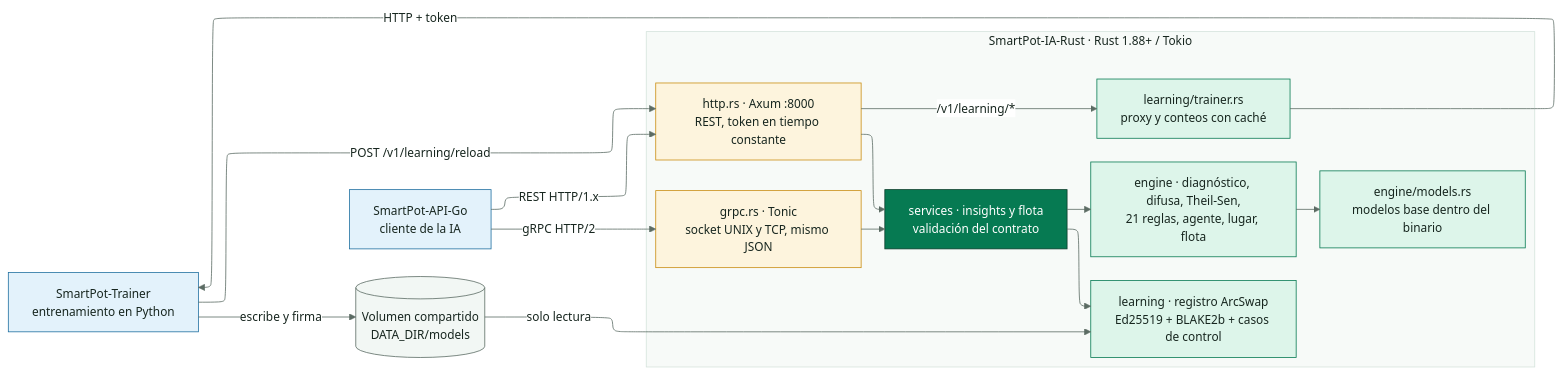
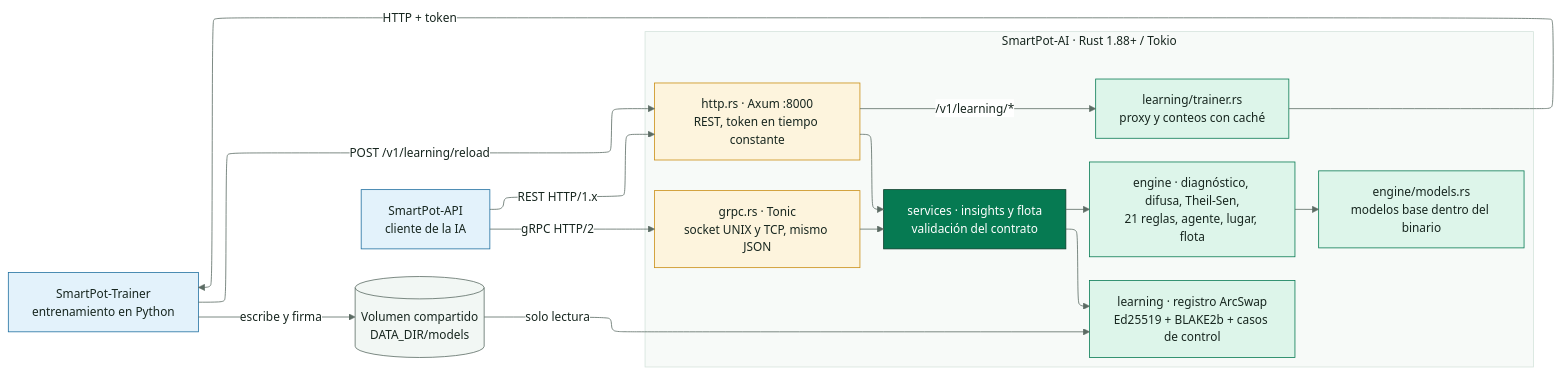
One commit to SmartPotTech/SmartPot-AI changed the fourth of 6 diagrams in docs/SmartPot_IA_Rust_Documentation.md. Above: the diagram before and after it, drawn with Mermaid. The commit also changed other lines of this file and 4 other files, not shown here.

Commit message:
Update documentation and diagrams to reflect production Stack B [skip deploy] #no-deploy

````diff
--- a/docs/SmartPot_IA_Rust_Documentation.md
+++ b/docs/SmartPot_IA_Rust_Documentation.md
@@ -294,39 +293,39 @@
 ```mermaid
 %%{init: {"theme": "base", "fontFamily": "Segoe UI, Arial, sans-serif", "themeVariables": {"fontFamily": "Segoe UI, Arial, sans-serif", "fontSize": "15px", "primaryColor": "#DDF5EA", "primaryTextColor": "#17261F", "primaryBorderColor": "#067A52", "secondaryColor": "#E3F2FB", "secondaryTextColor": "#17261F", "secondaryBorderColor": "#1F6FA0", "tertiaryColor": "#F2F7F4", "tertiaryTextColor": "#17261F", "tertiaryBorderColor": "#D5E3DC", "lineColor": "#5B6B63", "textColor": "#17261F", "mainBkg": "#DDF5EA", "nodeBorder": "#067A52", "clusterBkg": "#F7FAF8", "clusterBorder": "#D5E3DC", "edgeLabelBackground": "#FFFFFF", "actorBkg": "#067A52", "actorBorder": "#0B3D2B", "actorTextColor": "#FFFFFF", "actorLineColor": "#5B6B63", "signalColor": "#17261F", "signalTextColor": "#17261F", "labelBoxBkgColor": "#0B3D2B", "labelBoxBorderColor": "#0B3D2B", "labelTextColor": "#FFFFFF", "loopTextColor": "#0B3D2B", "noteBkgColor": "#FDF4DD", "noteBorderColor": "#C98D12", "noteTextColor": "#17261F", "activationBkgColor": "#DDF5EA", "activationBorderColor": "#067A52", "attributeBackgroundColorOdd": "#FFFFFF", "attributeBackgroundColorEven": "#F2F7F4"}, "layout": "elk", "elk": {"nodePlacementStrategy": "BRANDES_KOEPF", "mergeEdges": false, "cycleBreakingStrategy": "GREEDY"}}}%%
 flowchart LR
-  api["SmartPot-API-Go<br/>cliente de la IA"]
+  api["SmartPot-API<br/>cliente de la IA"]
   trainer["SmartPot-Trainer<br/>entrenamiento en Python"]
   shared[("Volumen compartido<br/>DATA_DIR/models")]
-  subgraph ia["SmartPot-IA-Rust · Rust 1.88+ / Tokio"]
+  subgraph ia["SmartPot-AI · Rust 1.88+ / Tokio"]
     direction TB
     rest["http.rs · Axum :8000<br/>REST, token en tiempo constante"]
     grpc["grpc.rs · Tonic<br/>socket UNIX y TCP, mismo JSON"]
     services["services · insights y flota<br/>validación del contrato"]
     engine["engine · diagnóstico, difusa, Theil-Sen,<br/>21 reglas, agente, lugar, flota"]
     base["engine/models.rs<br/>modelos base dentro del binario"]
     learned["learning · registro ArcSwap<br/>Ed25519 + BLAKE2b + casos de control"]
     proxy["learning/trainer.rs<br/>proxy y conteos con caché"]
   end
   api -->|"REST HTTP/1.x"| rest
   api -->|"gRPC HTTP/2"| grpc
   rest & grpc --> services
   services --> engine
   engine --> base
   services --> learned
   rest -->|"/v1/learning/*"| proxy
   proxy -->|"HTTP + token"| trainer
   trainer -->|"escribe y firma"| shared
   trainer -->|"POST /v1/learning/reload"| rest
   shared -->|"solo lectura"| learned
   classDef leaf fill:#DDF5EA,stroke:#067A52,color:#17261F
   classDef water fill:#E3F2FB,stroke:#1F6FA0,color:#17261F
   classDef sun fill:#FDF4DD,stroke:#C98D12,color:#17261F
   classDef clay fill:#FBE9E1,stroke:#B85A38,color:#17261F
   classDef core fill:#067A52,stroke:#0B3D2B,color:#FFFFFF
   classDef muted fill:#F2F7F4,stroke:#5B6B63,color:#17261F
   class api,trainer water
   class shared muted
   class rest,grpc sun
   class services core
   class engine,base,learned,proxy leaf
 ```
````
